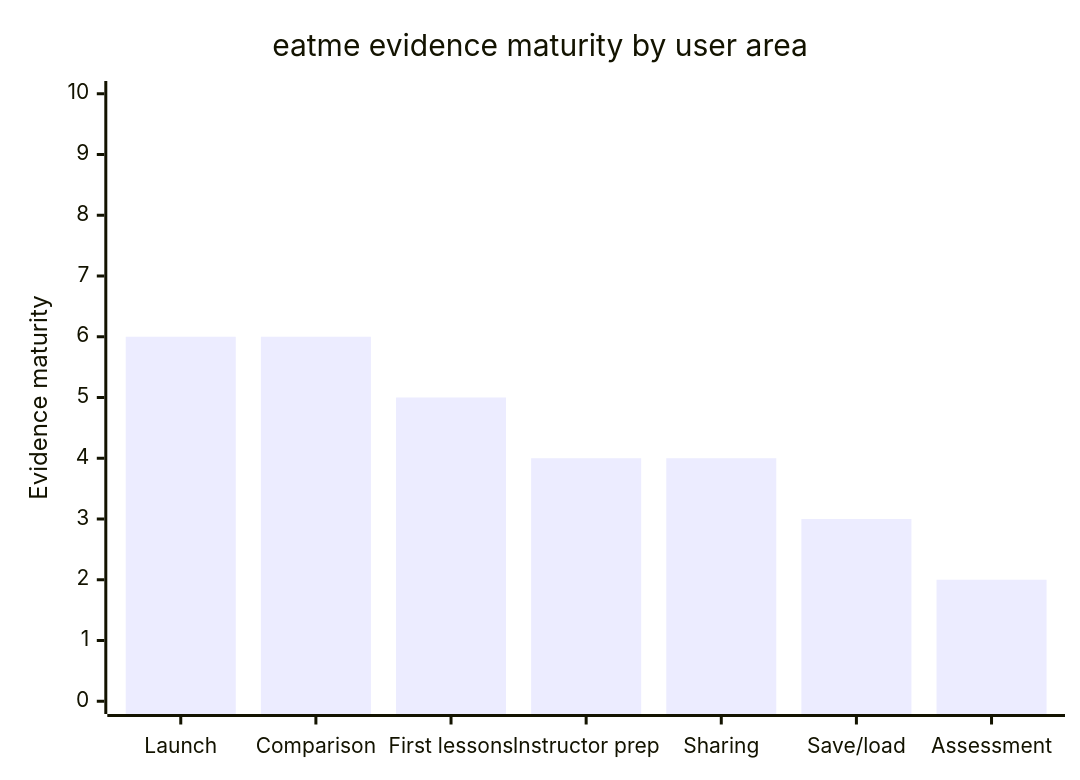
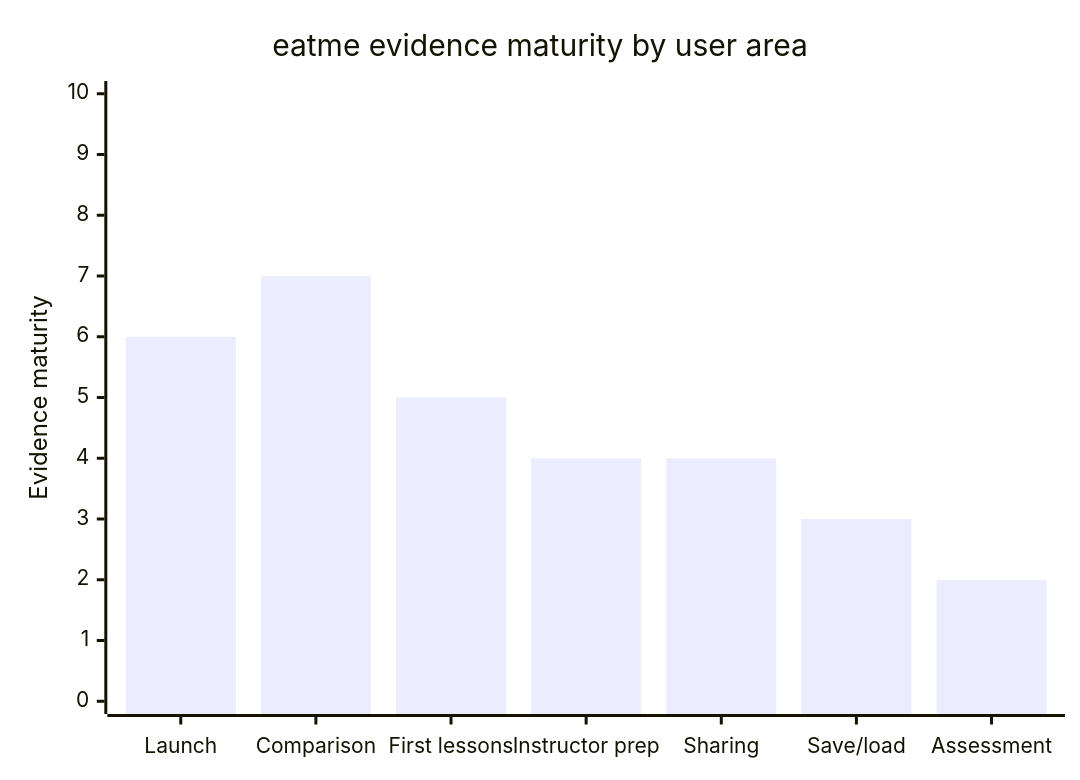
The fourth of 6 diagrams in README.md (rysweet/drinkme), drawn with Mermaid before and after one commit. The commit also changed other lines of this file, not shown here.

````diff
--- a/README.md
+++ b/README.md
@@ -88,7 +88,7 @@
 ```mermaid
 xychart-beta
   title "eatme evidence maturity by user area"
   x-axis ["Launch", "Comparison", "First lessons", "Instructor prep", "Sharing", "Save/load", "Assessment"]
   y-axis "Evidence maturity" 0 --> 10
-  bar [6, 6, 5, 4, 4, 3, 2]
+  bar [6, 7, 5, 4, 4, 3, 2]
 ```
````
